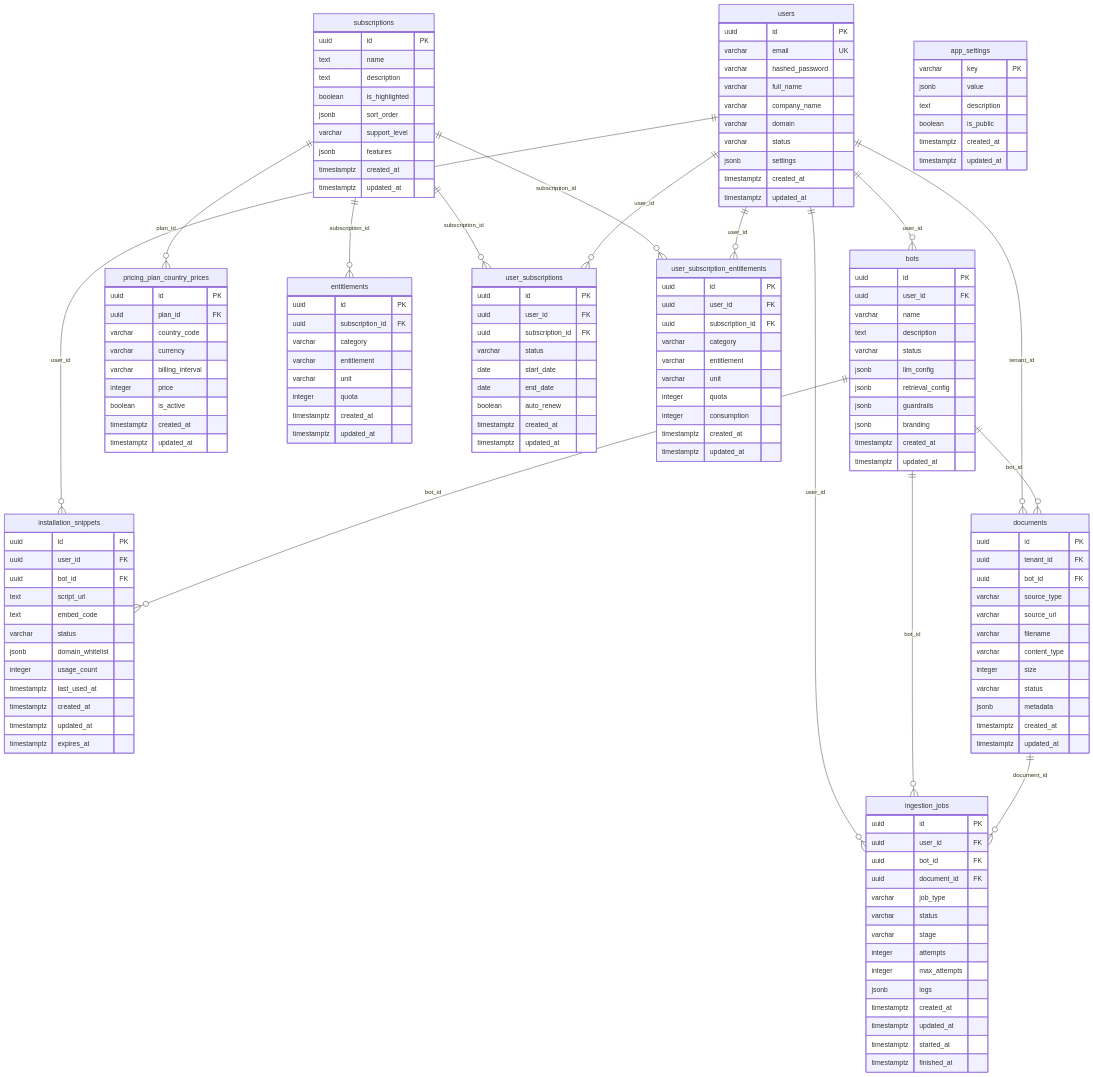
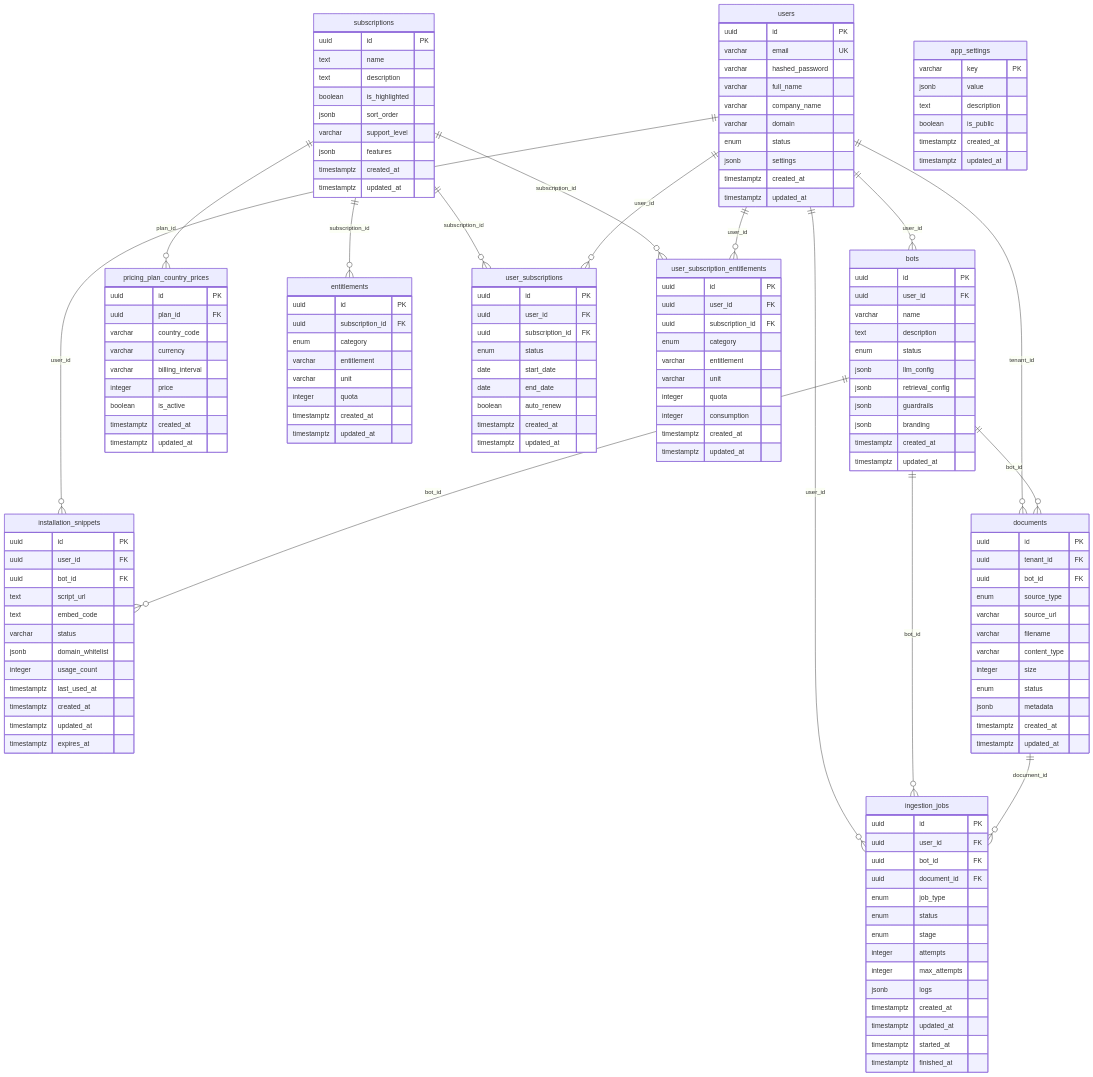
The diagram in backend/docs/SCHEMA_DIAGRAM.md (Jathin04Jan/Multi-Tenant-SaaS-Chatbot-Platform), drawn with Mermaid before and after one commit. The commit also changed other lines of this file, not shown here.

Commit message:
inconsistancies in schema diagram fixed

```diff
--- a/backend/docs/SCHEMA_DIAGRAM.md
+++ b/backend/docs/SCHEMA_DIAGRAM.md
@@ -32,7 +32,7 @@
         varchar full_name
         varchar company_name
         varchar domain
-        varchar status
+        enum status
         jsonb settings
         timestamptz created_at
         timestamptz updated_at
@@ -43,7 +43,7 @@
         uuid user_id FK
         varchar name
         text description
-        varchar status
+        enum status
         jsonb llm_config
         jsonb retrieval_config
         jsonb guardrails
@@ -71,12 +71,12 @@
         uuid id PK
         uuid tenant_id FK
         uuid bot_id FK
-        varchar source_type
+        enum source_type
         varchar source_url
         varchar filename
         varchar content_type
         integer size
-        varchar status
+        enum status
         jsonb metadata
         timestamptz created_at
         timestamptz updated_at
@@ -109,7 +109,7 @@
     entitlements {
         uuid id PK
         uuid subscription_id FK
-        varchar category
+        enum category
         varchar entitlement
         varchar unit
         integer quota
@@ -121,7 +121,7 @@
         uuid id PK
         uuid user_id FK
         uuid subscription_id FK
-        varchar status
+        enum status
         date start_date
         date end_date
         boolean auto_renew
@@ -133,7 +133,7 @@
         uuid id PK
         uuid user_id FK
         uuid subscription_id FK
-        varchar category
+        enum category
         varchar entitlement
         varchar unit
         integer quota
@@ -147,9 +147,9 @@
         uuid user_id FK
         uuid bot_id FK
         uuid document_id FK
-        varchar job_type
-        varchar status
-        varchar stage
+        enum job_type
+        enum status
+        enum stage
         integer attempts
         integer max_attempts
         jsonb logs
```
